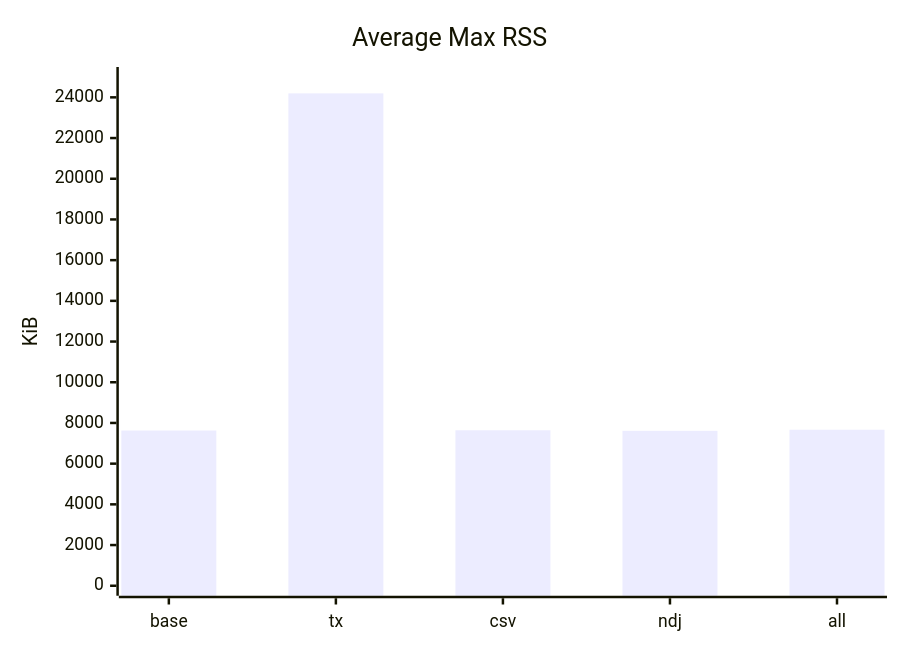
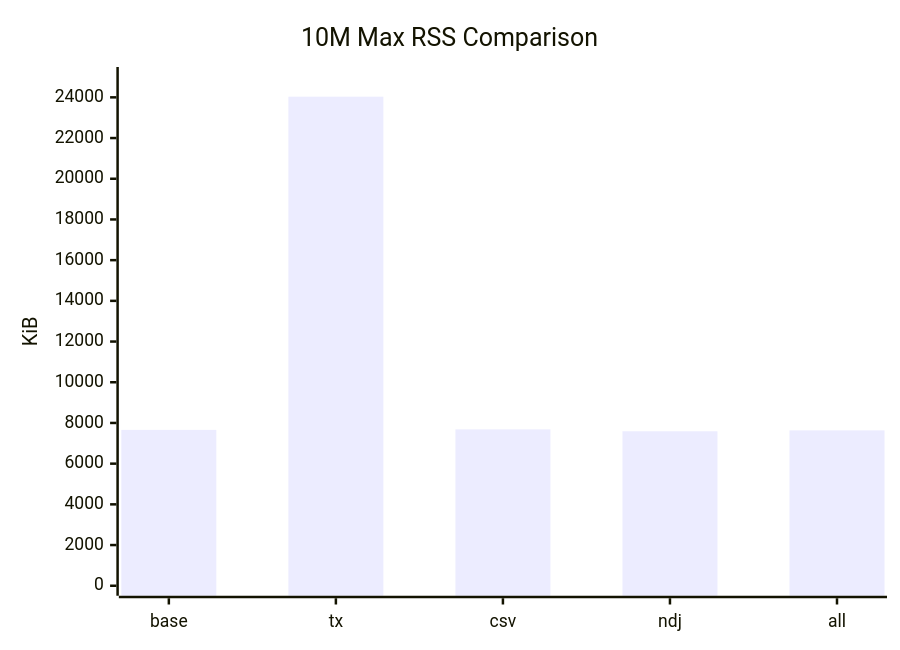
One commit to Raynhardt-Van-Zyl/noda-interview changed the eighth of 9 diagrams in METRICS.md. Above: the diagram before and after it, drawn with Mermaid. The commit also changed other lines of this file and 1 other file, not shown here.

````diff
--- a/METRICS.md
+++ b/METRICS.md
@@ -88,7 +166,7 @@
 ```mermaid
 xychart-beta
-    title "Average Max RSS"
+    title "10M Max RSS Comparison"
     x-axis ["base", "tx", "csv", "ndj", "all"]
     y-axis "KiB" 0 --> 25000
-    bar [7628, 24196, 7640, 7614, 7668]
+    bar [7660, 24032, 7684, 7592, 7636]
 ```
````
